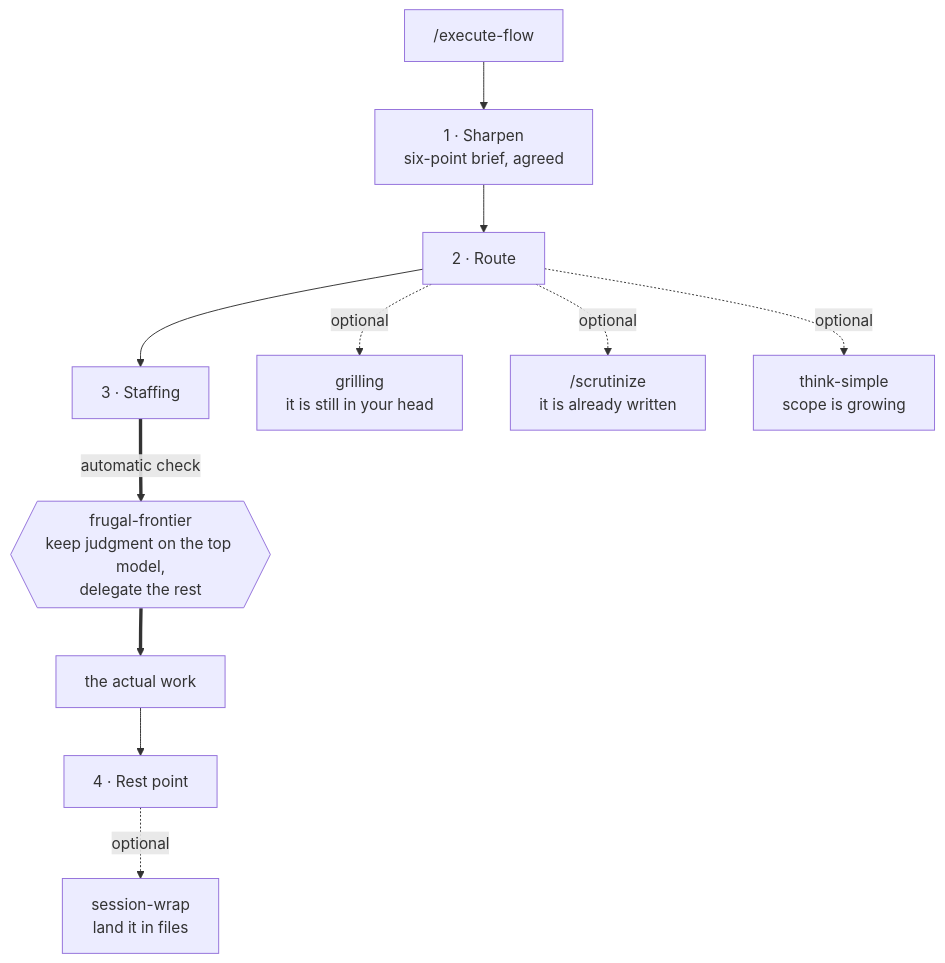
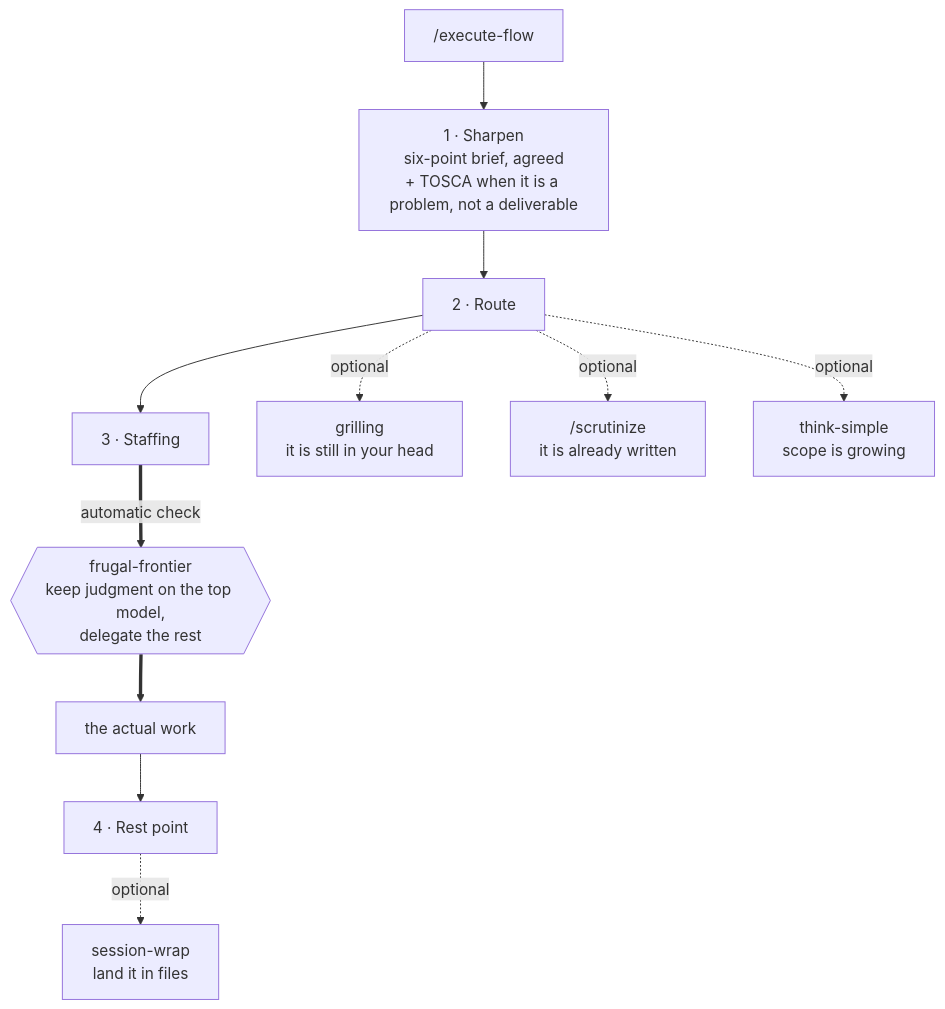
One commit to ab-123456-cloud/claude-workflows changed the diagram in README.md. Above: the diagram before and after it, drawn with Mermaid. The commit also changed other lines of this file, not shown here.

Commit message:
README: TOSCA in the Sharpen node, /entscheidungsvorlage in the companion table

````diff
--- a/README.md
+++ b/README.md
@@ -14,13 +14,13 @@
 ```mermaid
 flowchart TD
-    EF["/execute-flow"] --> P1["1 · Sharpen<br/>six-point brief, agreed"]
+    EF["/execute-flow"] --> P1["1 · Sharpen<br/>six-point brief, agreed<br/>+ TOSCA when it is a problem, not a deliverable"]
     P1 --> P2["2 · Route"]
     P2 --> P3["3 · Staffing"]
     P3 ==>|automatic check| FF{{"frugal-frontier<br/>keep judgment on the top model,<br/>delegate the rest"}}
     FF ==> WORK["the actual work"]
     WORK --> P4["4 · Rest point"]
     P2 -.->|optional| GR["grilling<br/>it is still in your head"]
     P2 -.->|optional| SC["/scrutinize<br/>it is already written"]
     P2 -.->|optional| TS["think-simple<br/>scope is growing"]
     P4 -.->|optional| SW["session-wrap<br/>land it in files"]
 ```
````
